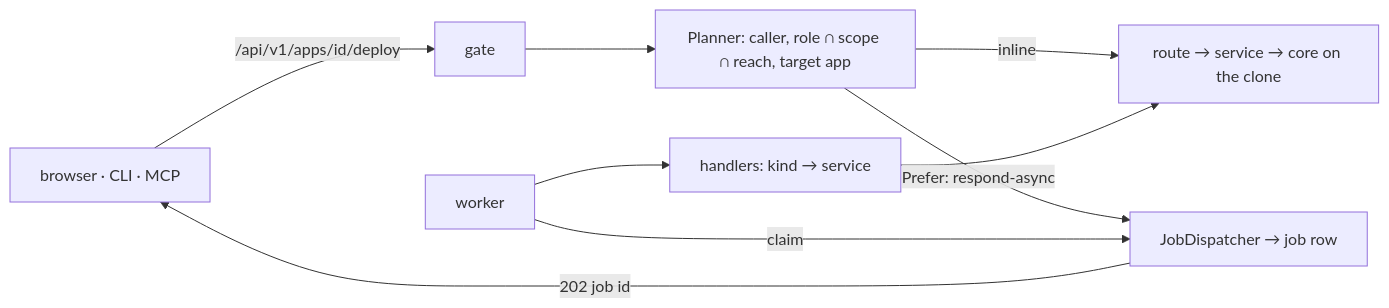
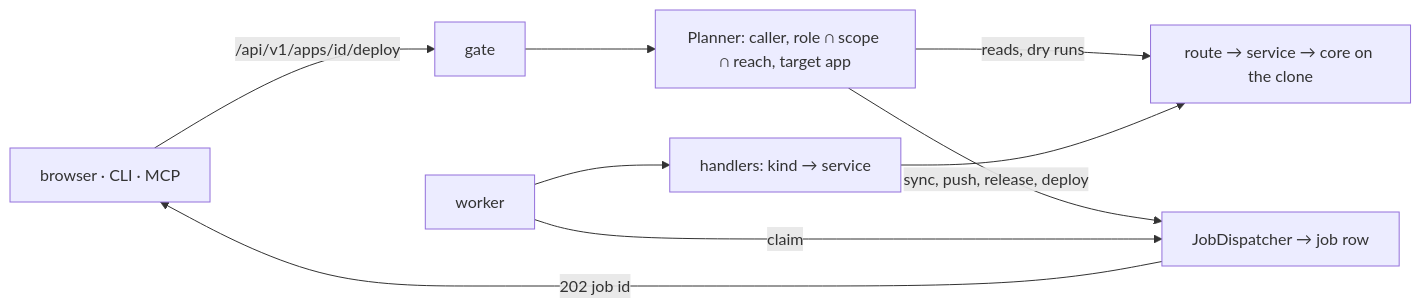
One commit to actionplatform/action-platform changed the second of 5 diagrams in docs/contribute_architecture.md. Above: the diagram before and after it, drawn with Mermaid. The commit also changed other lines of this file and 9 other files, not shown here.

Commit message:
feat(api)!: sync, push, release and deploy always run as jobs

````diff
--- a/docs/contribute_architecture.md
+++ b/docs/contribute_architecture.md
@@ -131,11 +131,11 @@
 ```mermaid
 flowchart LR
     C[browser · CLI · MCP] -->|/api/v1/apps/id/deploy| G[gate]
     G --> PL[Planner: caller, role ∩ scope ∩ reach, target app]
-    PL -->|inline| R[route → service → core on the clone]
-    PL -->|Prefer: respond-async| D[JobDispatcher → job row]
+    PL -->|reads, dry runs| R[route → service → core on the clone]
+    PL -->|sync, push, release, deploy| D[JobDispatcher → job row]
     D -->|202 job id| C
     W[worker] -->|claim| D
     W --> H[handlers: kind → service]
     H --> R
 ```
````
